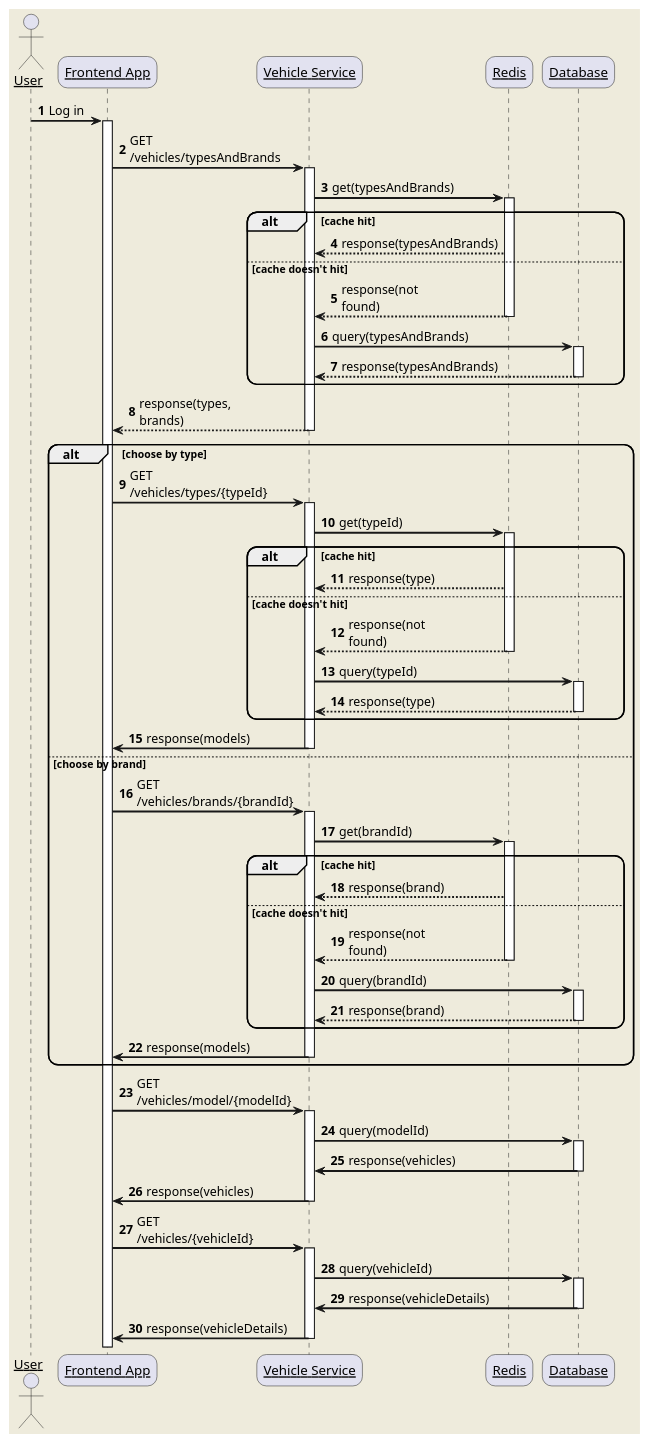
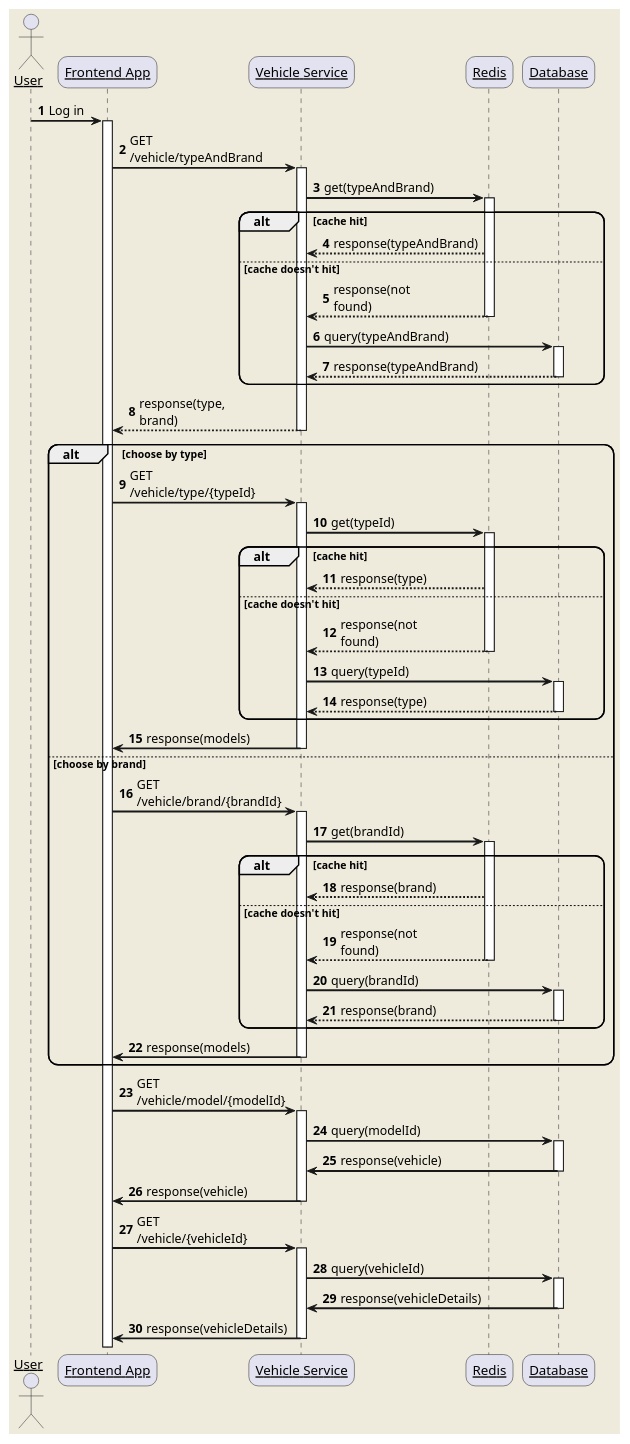
The diagram in doc/sequence/vehicle/vehicle-with-redis.puml (Hannibal0416/modern-renting-service), drawn with PlantUML before and after one commit. The commit also changed 1 other file, not shown here.

```diff
--- a/doc/sequence/vehicle/vehicle-with-redis.puml
+++ b/doc/sequence/vehicle/vehicle-with-redis.puml
@@ -1,96 +1,96 @@
 @startuml
 skinparam backgroundColor #EEEBDC
 skinparam handwritten false
 skinparam sequenceArrowThickness 2
 skinparam roundcorner 20
 skinparam maxmessagesize 60
 skinparam sequenceParticipant underline
 
 actor User
 participant "Frontend App" as Frontend
 participant "Vehicle Service" as VehicleService
 participant "Redis" as Redis
 participant "Database" as Database
 
 autonumber 1
 User -> Frontend: Log in
 activate Frontend
 
-Frontend -> VehicleService: GET /vehicles/typesAndBrands
+Frontend -> VehicleService: GET /vehicle/typeAndBrand
 activate VehicleService
 
-VehicleService -> Redis: get(typesAndBrands)
+VehicleService -> Redis: get(typeAndBrand)
 activate Redis
 alt cache hit
-   Redis --> VehicleService: response(typesAndBrands)
+   Redis --> VehicleService: response(typeAndBrand)
 else cache doesn't hit
    Redis --> VehicleService: response(not found)
    deactivate Redis
-   VehicleService -> Database: query(typesAndBrands)
+   VehicleService -> Database: query(typeAndBrand)
    activate Database
-   Database --> VehicleService: response(typesAndBrands)
+   Database --> VehicleService: response(typeAndBrand)
    deactivate Database
 end
 
-VehicleService --> Frontend: response(types, brands)
+VehicleService --> Frontend: response(type, brand)
 deactivate VehicleService
 
 alt choose by type
-    Frontend -> VehicleService: GET /vehicles/types/{typeId}
+    Frontend -> VehicleService: GET /vehicle/type/{typeId}
     activate VehicleService
 
     VehicleService -> Redis: get(typeId)
     activate Redis
     alt cache hit
        Redis --> VehicleService: response(type)
     else cache doesn't hit
        Redis --> VehicleService: response(not found)
        deactivate Redis
        VehicleService -> Database: query(typeId)
        activate Database
        Database --> VehicleService: response(type)
        deactivate Database
     end
 
     VehicleService -> Frontend: response(models)
     deactivate VehicleService
 else choose by brand
-    Frontend -> VehicleService: GET /vehicles/brands/{brandId}
+    Frontend -> VehicleService: GET /vehicle/brand/{brandId}
     activate VehicleService
 
     VehicleService -> Redis: get(brandId)
     activate Redis
     alt cache hit
        Redis --> VehicleService: response(brand)
     else cache doesn't hit
        Redis --> VehicleService: response(not found)
        deactivate Redis
        VehicleService -> Database: query(brandId)
        activate Database
        Database --> VehicleService: response(brand)
        deactivate Database
     end
 
     VehicleService -> Frontend: response(models)
     deactivate VehicleService
 end
 
-Frontend -> VehicleService : GET /vehicles/model/{modelId}
+Frontend -> VehicleService : GET /vehicle/model/{modelId}
 activate VehicleService
 VehicleService -> Database : query(modelId)
 activate Database
-Database -> VehicleService: response(vehicles)
+Database -> VehicleService: response(vehicle)
 deactivate Database
-VehicleService -> Frontend: response(vehicles)
+VehicleService -> Frontend: response(vehicle)
 deactivate VehicleService
 
-Frontend -> VehicleService : GET /vehicles/{vehicleId}
+Frontend -> VehicleService : GET /vehicle/{vehicleId}
 activate VehicleService
 VehicleService -> Database : query(vehicleId)
 activate Database
 Database -> VehicleService: response(vehicleDetails)
 deactivate Database
 VehicleService -> Frontend: response(vehicleDetails)
 deactivate VehicleService
 
 @enduml
```
